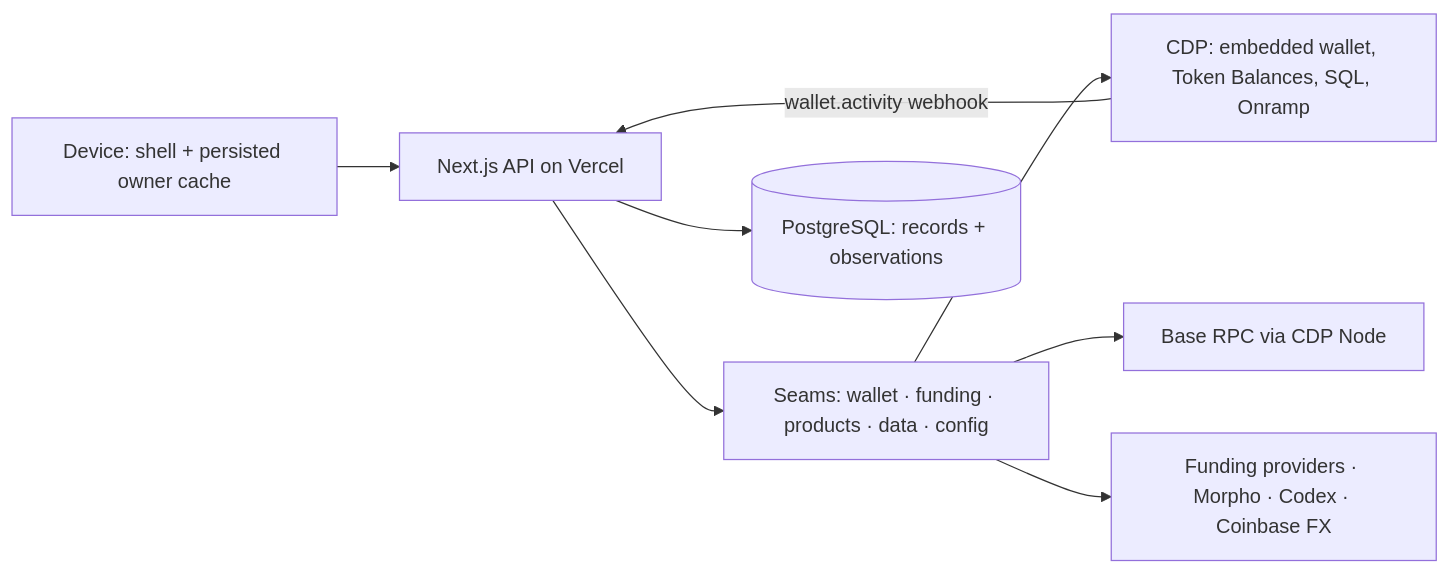
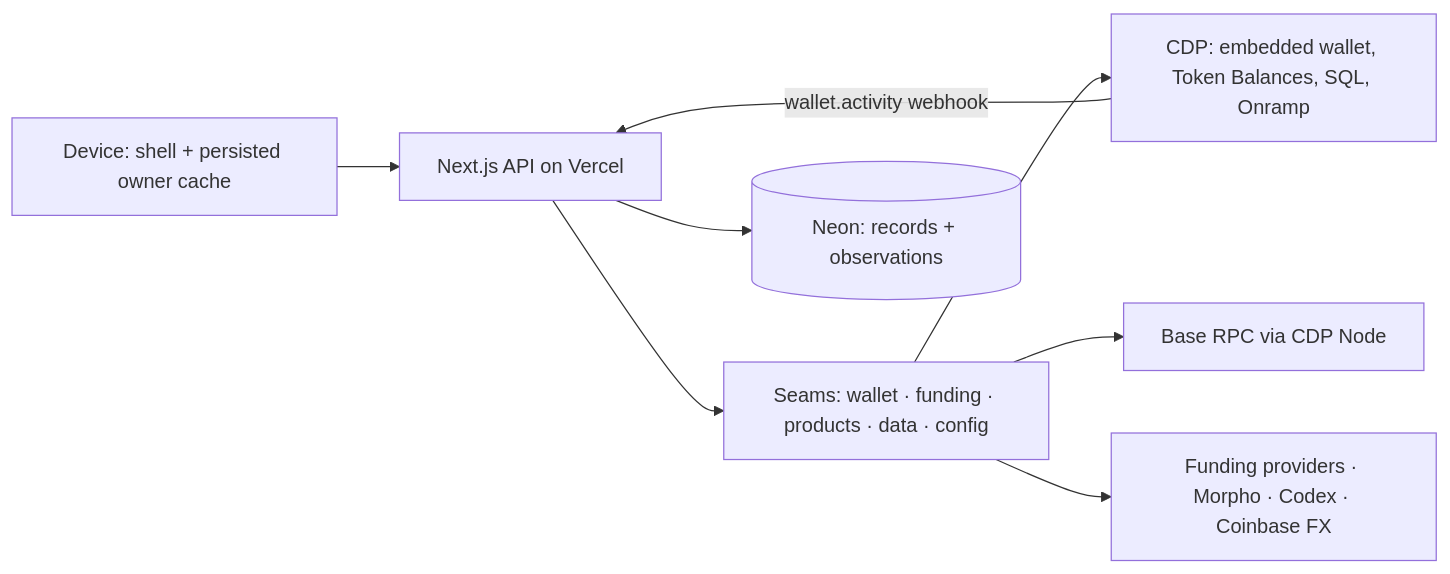
One commit to afrijaldz/home changed the diagram in docs/architecture.md. Above: the diagram before and after it, drawn with Mermaid. The commit also changed other lines of this file and 2 other files, not shown here.

````diff
--- a/docs/architecture.md
+++ b/docs/architecture.md
@@ -35,10 +35,10 @@
 ```mermaid
 flowchart LR
   Device[Device: shell + persisted owner cache] --> API[Next.js API on Vercel]
   API --> Seams[Seams: wallet · funding · products · data · config]
   Seams --> CDP[CDP: embedded wallet, Token Balances, SQL, Onramp]
   Seams --> Base[Base RPC via CDP Node]
   Seams --> Providers[Funding providers · Morpho · Codex · Coinbase FX]
-  API --> Postgres[(PostgreSQL: records + observations)]
+  API --> Neon[(Neon: records + observations)]
   CDP -- wallet.activity webhook --> API
 ```
````
